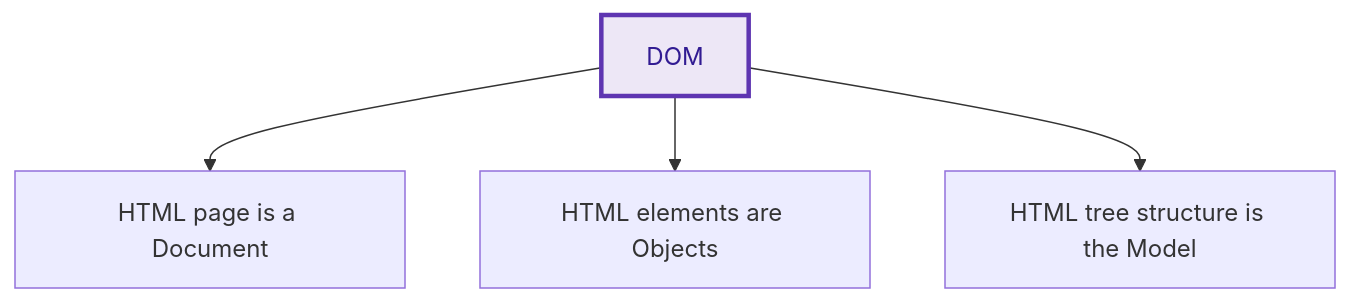
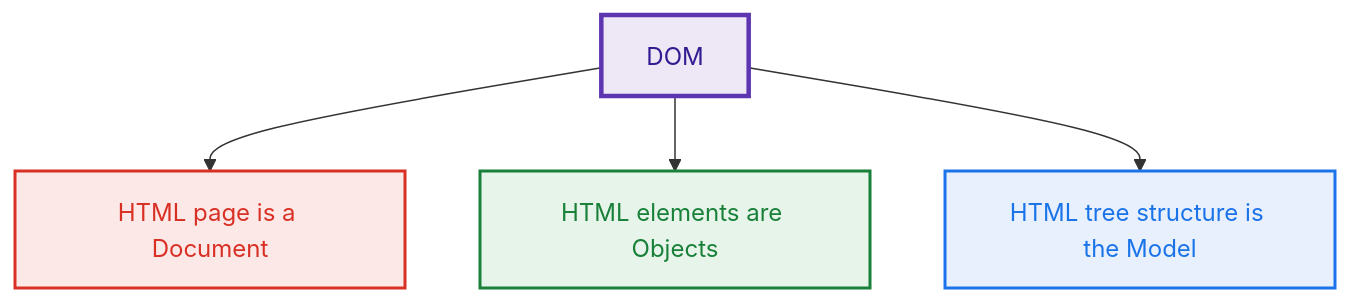
One commit to 0xProsenjit/full-stack-developer-journey changed the diagram in Html and CSS project/Bio page_DOM/README.md. Above: the diagram before and after it, drawn with Mermaid.

Commit message:
Update README.md
Here, a bio page project has been created using only semantic HTML based on the DOM structure.

````diff
--- a/Html and CSS project/Bio page_DOM/README.md
+++ b/Html and CSS project/Bio page_DOM/README.md
@@ -2,11 +2,17 @@
 ```mermaid
 flowchart TD
     DOM["DOM"]
     DOM --> D["HTML page is a Document"]
     DOM --> O["HTML elements are Objects"]
     DOM --> M["HTML tree structure is the Model"]
 
     classDef domStyle fill:#ede7f6,stroke:#5e35b1,stroke-width:3px,color:#311b92
+    classDef docBox fill:#fce8e6,stroke:#d93025,stroke-width:2px,color:#d93025
+    classDef objBox fill:#e6f4ea,stroke:#188038,stroke-width:2px,color:#188038
+    classDef modBox fill:#e8f0fe,stroke:#1a73e8,stroke-width:2px,color:#1a73e8
 
     class DOM domStyle
+    class D docBox
+    class O objBox
+    class M modBox
 ```
````
